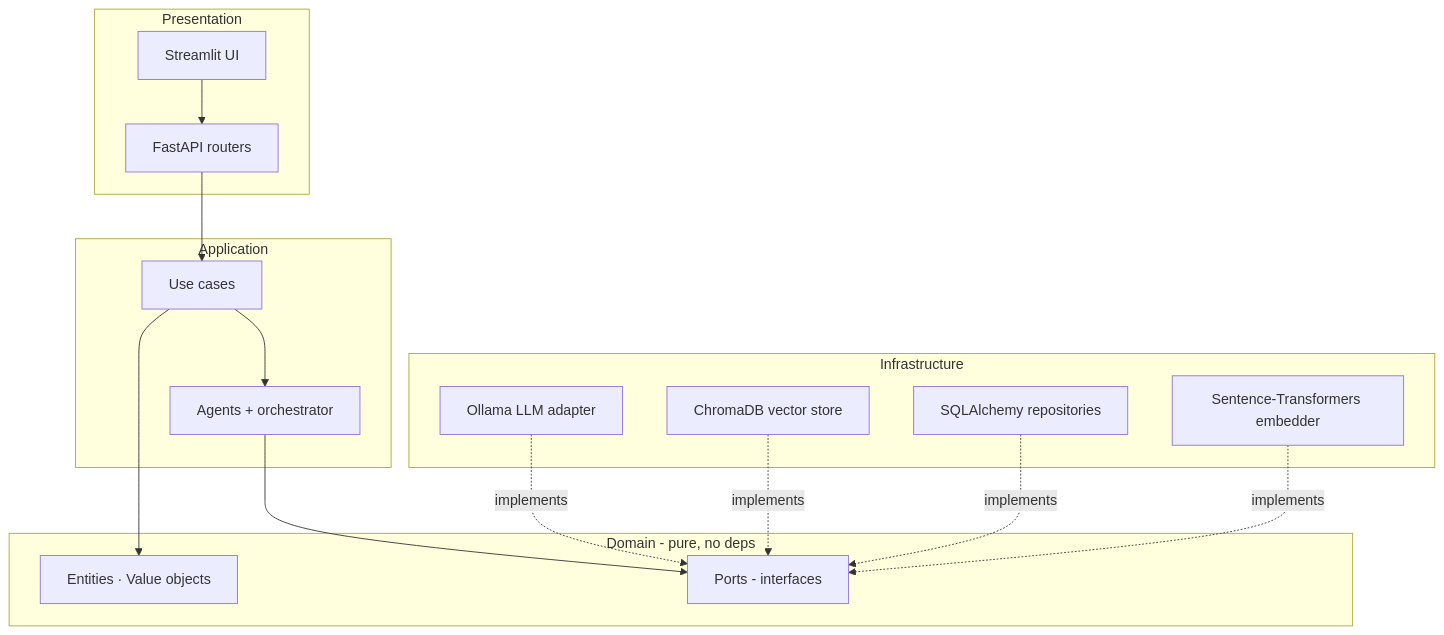
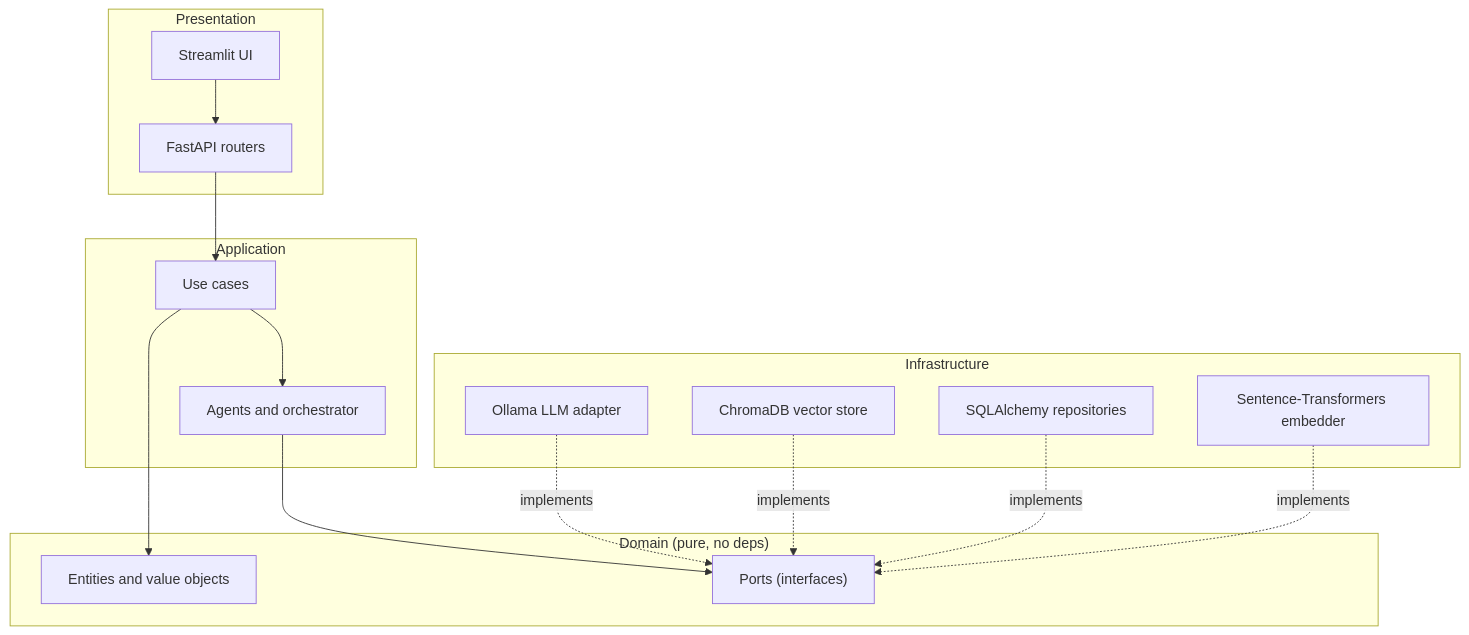
The second of 2 diagrams in README.md (Indir07/AI-Data-Engineering-Copilot), drawn with Mermaid before and after one commit. The commit also changed other lines of this file and 1 other file, not shown here.

Commit message:
docs: fix Mermaid rendering on GitHub
- README: quote all node labels and remove the middle-dot (·) that broke
  GitHub's Mermaid parser in the architecture + layers diagrams
- DATA_FLOW: replace HTML-entity braces with a quoted label

````diff
--- a/README.md
+++ b/README.md
@@ -74,29 +74,29 @@
 ```mermaid
 graph TD
-    subgraph P[Presentation]
-        A1[FastAPI routers]
-        A2[Streamlit UI]
+    subgraph P["Presentation"]
+        A1["FastAPI routers"]
+        A2["Streamlit UI"]
     end
-    subgraph AP[Application]
-        B1[Use cases]
-        B2[Agents + orchestrator]
+    subgraph AP["Application"]
+        B1["Use cases"]
+        B2["Agents and orchestrator"]
     end
-    subgraph D[Domain - pure, no deps]
-        C1[Entities · Value objects]
-        C2[Ports - interfaces]
+    subgraph D["Domain (pure, no deps)"]
+        C1["Entities and value objects"]
+        C2["Ports (interfaces)"]
     end
-    subgraph INF[Infrastructure]
-        E1[Ollama LLM adapter]
-        E2[ChromaDB vector store]
-        E3[SQLAlchemy repositories]
-        E4[Sentence-Transformers embedder]
+    subgraph INF["Infrastructure"]
+        E1["Ollama LLM adapter"]
+        E2["ChromaDB vector store"]
+        E3["SQLAlchemy repositories"]
+        E4["Sentence-Transformers embedder"]
     end
     A1 --> B1
     A2 --> A1
     B1 --> B2 --> C2
     B1 --> C1
-    E1 -.implements.-> C2
-    E2 -.implements.-> C2
-    E3 -.implements.-> C2
-    E4 -.implements.-> C2
+    E1 -. implements .-> C2
+    E2 -. implements .-> C2
+    E3 -. implements .-> C2
+    E4 -. implements .-> C2
 ```
````
